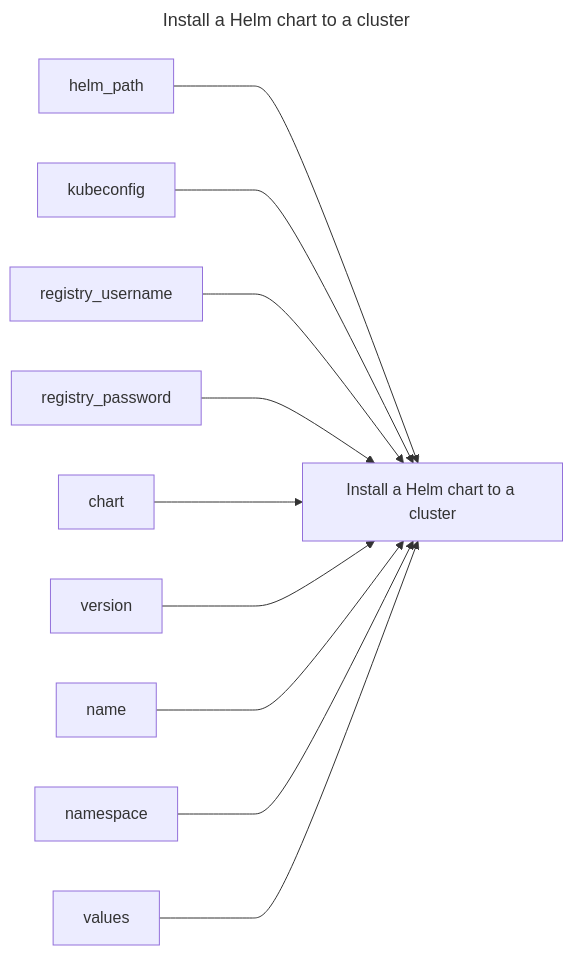
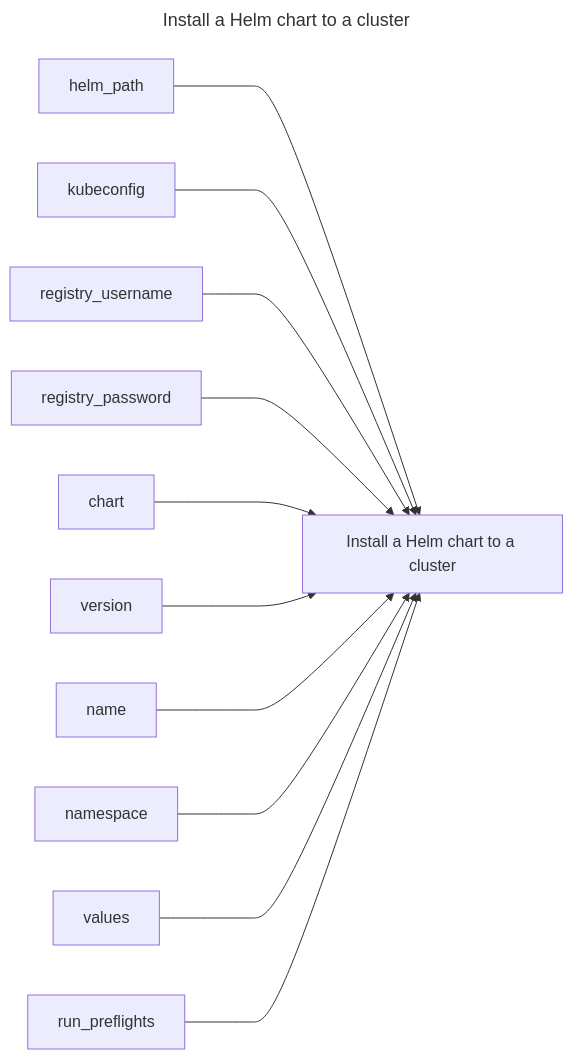
Before and after one commit to replicatedhq/replicated-actions: the diagram in helm-install/README.md, drawn with Mermaid. The commit also changed other lines of this file and 58 other files, not shown here.

````diff
--- a/helm-install/README.md
+++ b/helm-install/README.md
@@ -3,16 +3,17 @@
 ```mermaid
 ---
 title: Install a Helm chart to a cluster
 ---
 graph LR
 install_a_helm_chart_to_a_cluster["Install a Helm chart to a cluster"]
 helm_path ---> install_a_helm_chart_to_a_cluster
 kubeconfig ---> install_a_helm_chart_to_a_cluster
 registry_username ---> install_a_helm_chart_to_a_cluster
 registry_password ---> install_a_helm_chart_to_a_cluster
 chart ---> install_a_helm_chart_to_a_cluster
 version ---> install_a_helm_chart_to_a_cluster
 name ---> install_a_helm_chart_to_a_cluster
 namespace ---> install_a_helm_chart_to_a_cluster
 values ---> install_a_helm_chart_to_a_cluster
+run_preflights ---> install_a_helm_chart_to_a_cluster
 ```
````
